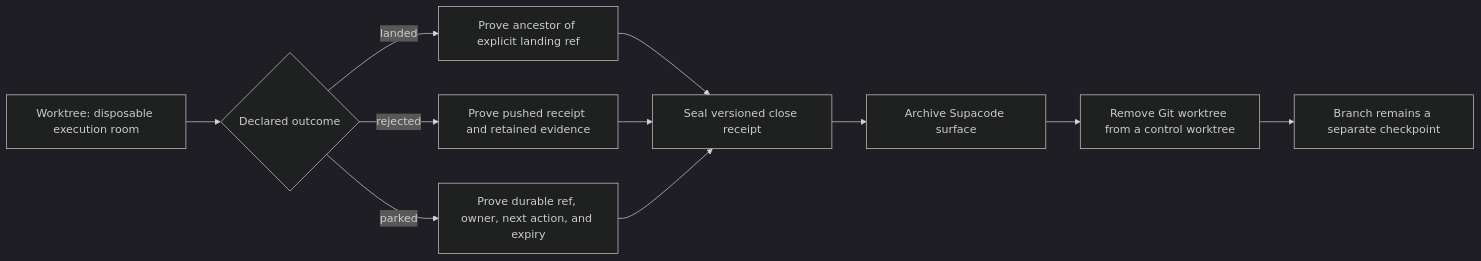
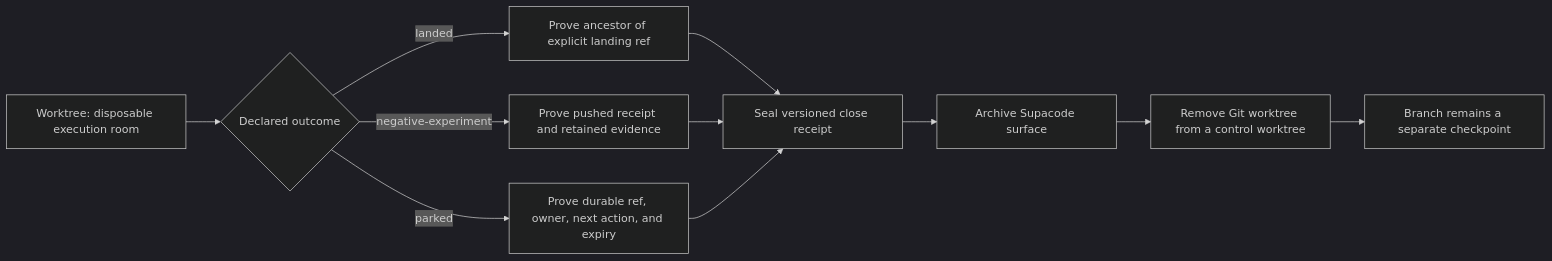
The second of 2 diagrams in docs/high-level-design.md (realgenekim/clj-surgeon), drawn with Mermaid (dark theme) before and after one commit. The commit also changed other lines of this file and 1 other file, not shown here.

````diff
--- a/docs/high-level-design.md
+++ b/docs/high-level-design.md
@@ -788,13 +789,13 @@
 ```mermaid
 flowchart LR
     W[Worktree: disposable execution room] --> O{Declared outcome}
     O -->|landed| L[Prove ancestor of explicit landing ref]
-    O -->|rejected| R[Prove pushed receipt and retained evidence]
+    O -->|negative-experiment| R[Prove pushed receipt and retained evidence]
     O -->|parked| P[Prove durable ref, owner, next action, and expiry]
     L --> S[Seal versioned close receipt]
     R --> S
     P --> S
     S --> U[Archive Supacode surface]
     U --> G[Remove Git worktree from a control worktree]
     G --> B[Branch remains a separate checkpoint]
 ```
````
